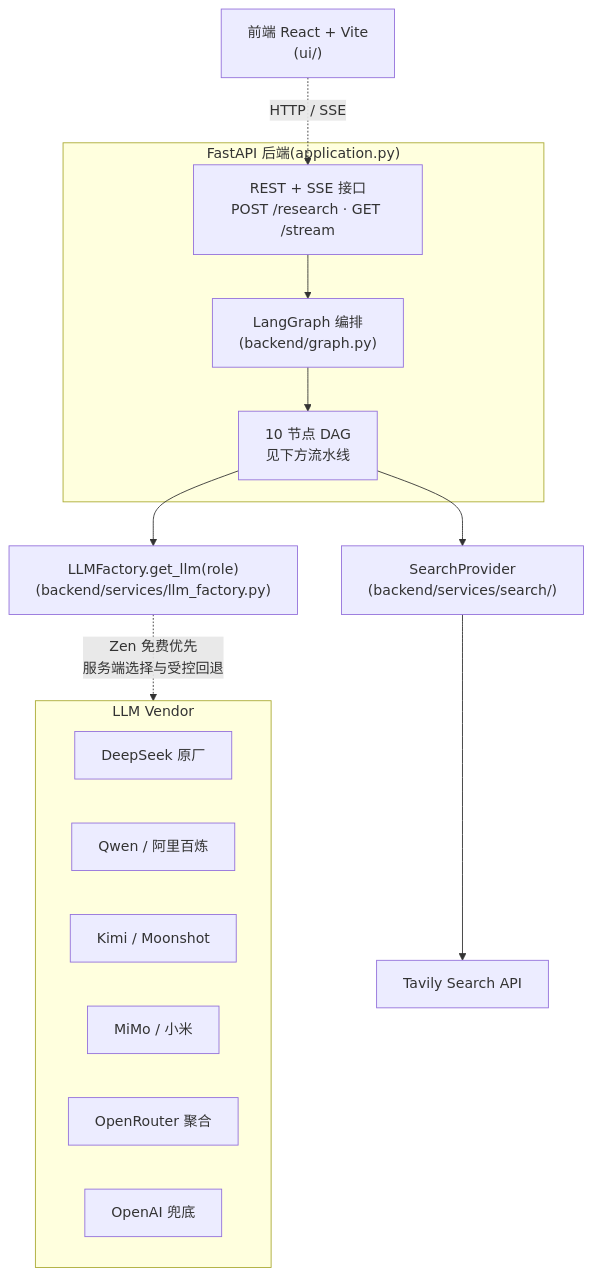
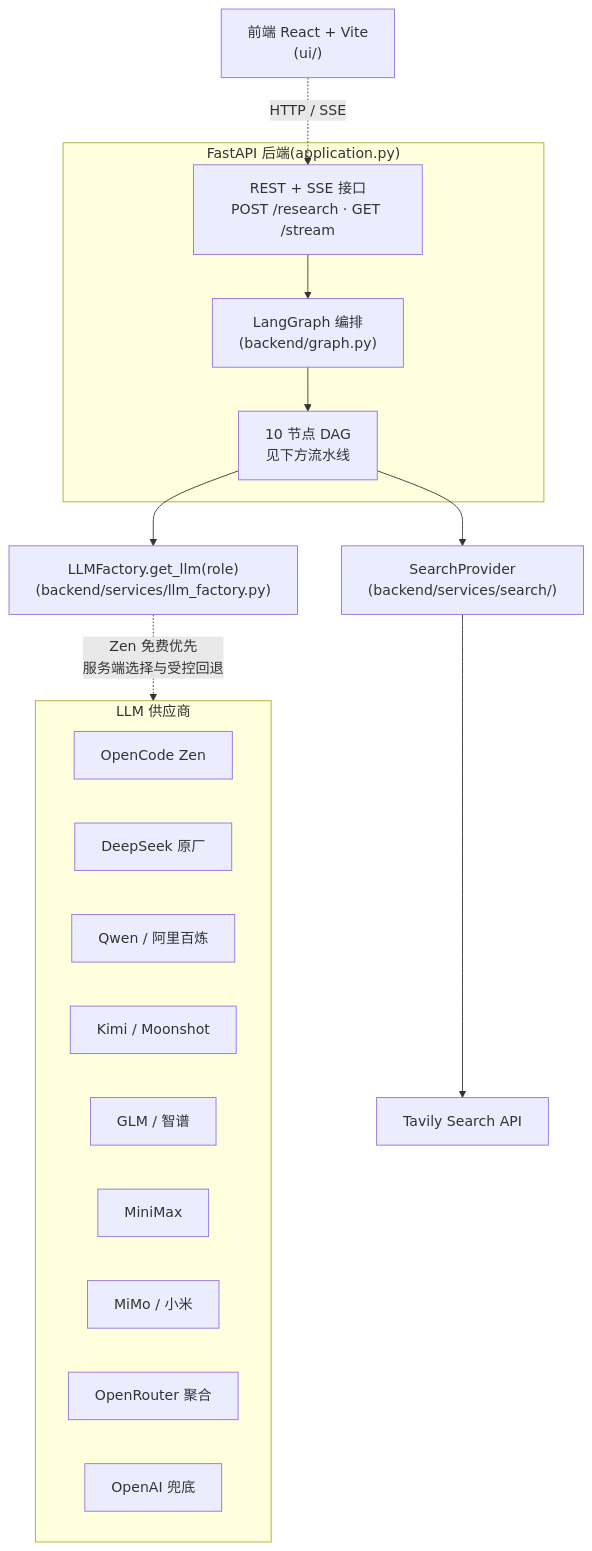
Before and after one commit to BovmantH/cn-company-research-agent: the first of 2 diagrams in README.md, drawn with Mermaid. The commit also changed other lines of this file and 3 other files, not shown here.

````diff
--- a/README.md
+++ b/README.md
@@ -55,22 +55,25 @@
 ```mermaid
 flowchart TB
     UI["前端 React + Vite<br/>(ui/)"] -.HTTP / SSE.-> API
     subgraph Backend["FastAPI 后端(application.py)"]
         API["REST + SSE 接口<br/>POST /research · GET /stream"]
         Graph["LangGraph 编排<br/>(backend/graph.py)"]
         API --> Graph
         Graph --> Pipeline["10 节点 DAG<br/>见下方流水线"]
     end
     Pipeline --> LLM["LLMFactory.get_llm(role)<br/>(backend/services/llm_factory.py)"]
     Pipeline --> Search["SearchProvider<br/>(backend/services/search/)"]
     LLM -.Zen 免费优先<br/>服务端选择与受控回退.-> Vendors
     Search --> Tavily[Tavily Search API]
-    subgraph Vendors["LLM Vendor"]
+    subgraph Vendors["LLM 供应商"]
+        OC[OpenCode Zen]
         D[DeepSeek 原厂]
         Q[Qwen / 阿里百炼]
         K[Kimi / Moonshot]
+        G[GLM / 智谱]
+        MM[MiniMax]
         M[MiMo / 小米]
         OR[OpenRouter 聚合]
         OAI[OpenAI 兜底]
     end
 ```
````
